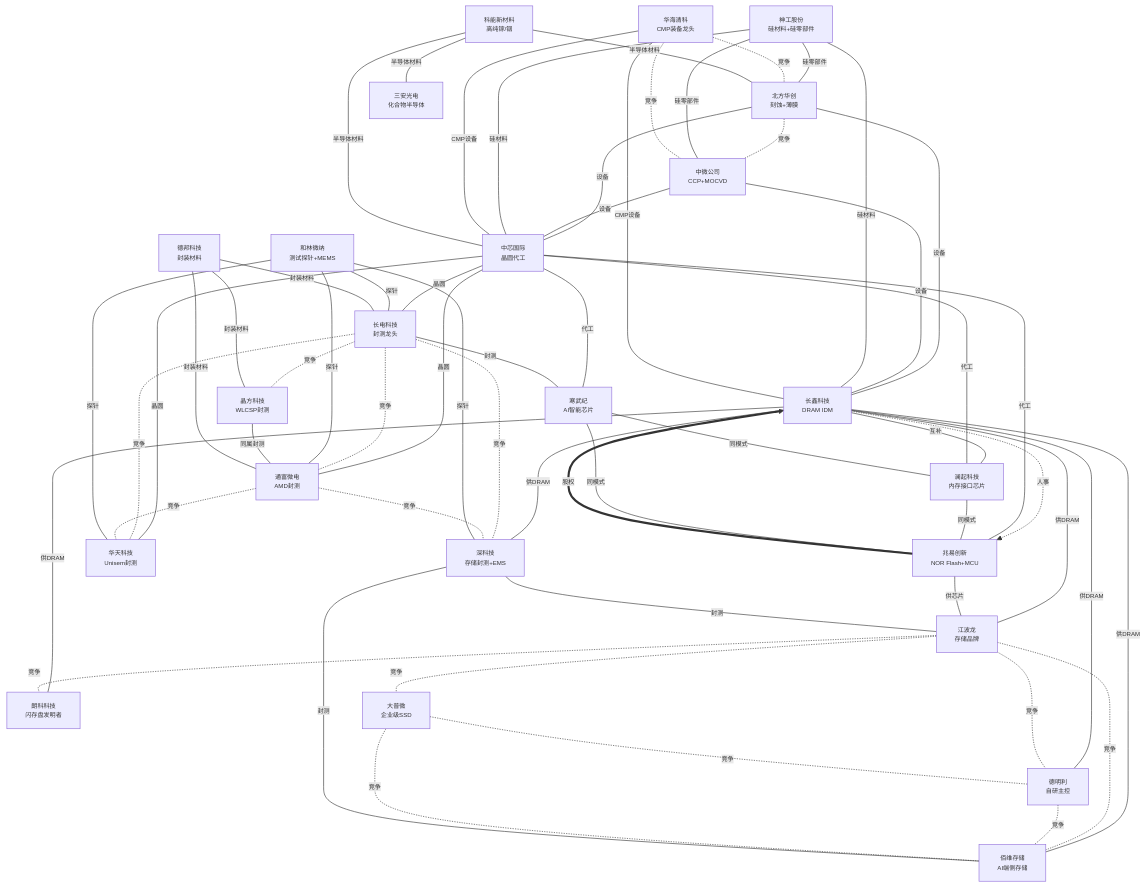
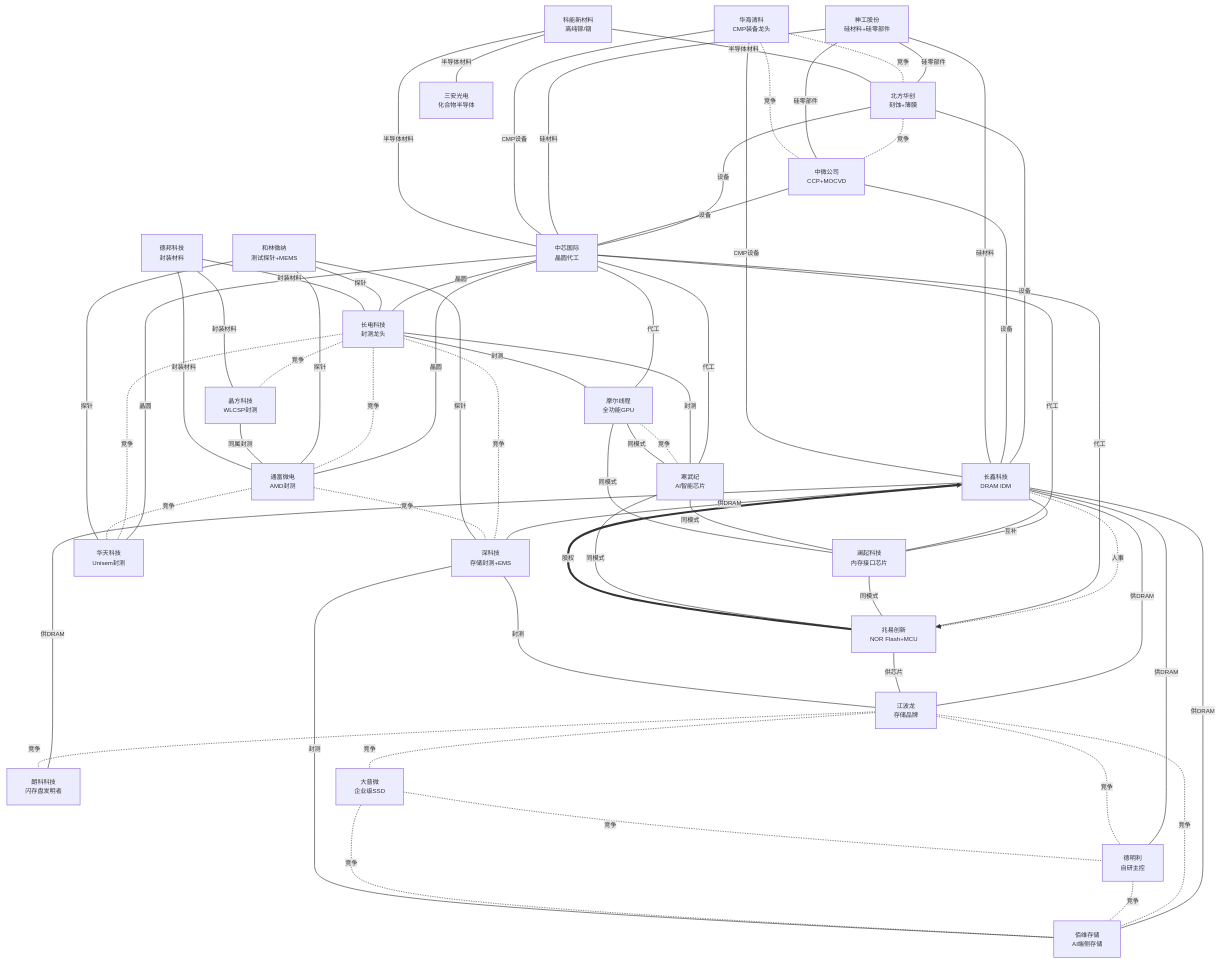
Before and after one commit to zhangbo1882/open-industry: the first of 8 diagrams in industry/wiki/syntheses/公司关联图谱.md, drawn with Mermaid. The commit also changed other lines of this file and 190 other files, not shown here.

```diff
--- a/industry/wiki/syntheses/公司关联图谱.md
+++ b/industry/wiki/syntheses/公司关联图谱.md
@@ -92,6 +119,7 @@
     华天科技[华天科技<br/>Unisem封测]
     深科技[深科技<br/>存储封测+EMS]
     寒武纪[寒武纪<br/>AI智能芯片]
+    摩尔线程[摩尔线程<br/>全功能GPU]
     晶方科技[晶方科技<br/>WLCSP封测]
     德邦科技[德邦科技<br/>封装材料]
     华海清科[华海清科<br/>CMP装备龙头]
@@ -153,6 +181,11 @@
     华海清科 -.-|竞争| 中微公司
     寒武纪 ---|同模式| 澜起科技
     寒武纪 ---|同模式| 兆易创新
+    中芯国际 ---|代工| 摩尔线程
+    长电科技 ---|封测| 摩尔线程
+    摩尔线程 -.-|竞争| 寒武纪
+    摩尔线程 ---|同模式| 寒武纪
+    摩尔线程 ---|同模式| 澜起科技
     科能新材料[科能新材料<br/>高纯镓/铟]
     科能新材料 ---|半导体材料| 三安光电[三安光电<br/>化合物半导体]
     科能新材料 ---|半导体材料| 中芯国际
```
